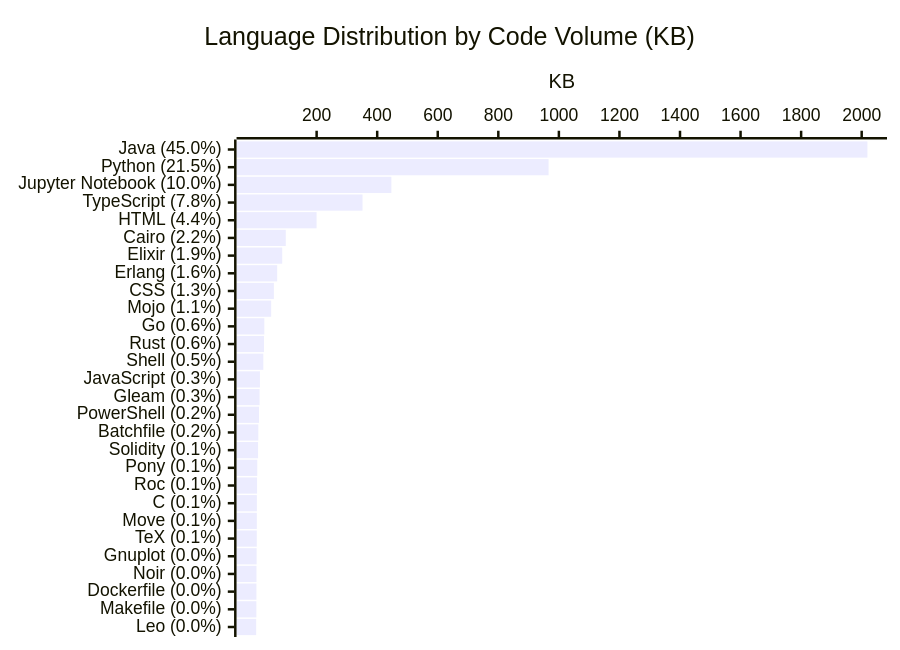
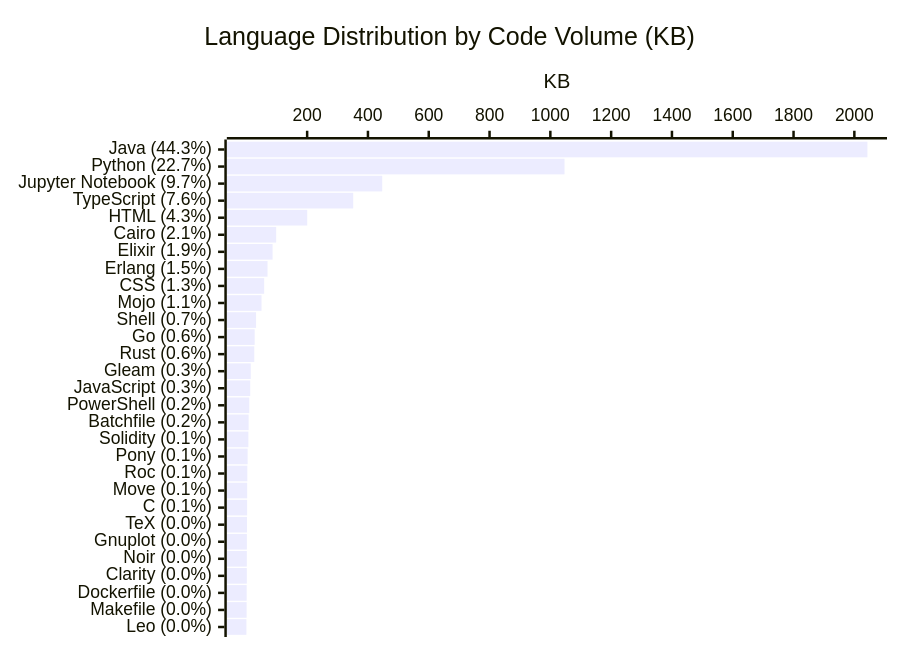
One commit to KathiraveluLab/.github changed the diagram in profile/README.md. Above: the diagram before and after it, drawn with Mermaid. The commit also changed other lines of this file and 1 other file, not shown here.

````diff
--- a/profile/README.md
+++ b/profile/README.md
@@ -64,7 +64,7 @@
 ```mermaid
 xychart-beta horizontal
     title "Language Distribution by Code Volume (KB)"
-    x-axis ["Java (45.0%)", "Python (21.5%)", "Jupyter Notebook (10.0%)", "TypeScript (7.8%)", "HTML (4.4%)", "Cairo (2.2%)", "Elixir (1.9%)", "Erlang (1.6%)", "CSS (1.3%)", "Mojo (1.1%)", "Go (0.6%)", "Rust (0.6%)", "Shell (0.5%)", "JavaScript (0.3%)", "Gleam (0.3%)", "PowerShell (0.2%)", "Batchfile (0.2%)", "Solidity (0.1%)", "Pony (0.1%)", "Roc (0.1%)", "C (0.1%)", "Move (0.1%)", "TeX (0.1%)", "Gnuplot (0.0%)", "Noir (0.0%)", "Dockerfile (0.0%)", "Makefile (0.0%)", "Leo (0.0%)"]
+    x-axis ["Java (44.3%)", "Python (22.7%)", "Jupyter Notebook (9.7%)", "TypeScript (7.6%)", "HTML (4.3%)", "Cairo (2.1%)", "Elixir (1.9%)", "Erlang (1.5%)", "CSS (1.3%)", "Mojo (1.1%)", "Shell (0.7%)", "Go (0.6%)", "Rust (0.6%)", "Gleam (0.3%)", "JavaScript (0.3%)", "PowerShell (0.2%)", "Batchfile (0.2%)", "Solidity (0.1%)", "Pony (0.1%)", "Roc (0.1%)", "Move (0.1%)", "C (0.1%)", "TeX (0.0%)", "Gnuplot (0.0%)", "Noir (0.0%)", "Clarity (0.0%)", "Dockerfile (0.0%)", "Makefile (0.0%)", "Leo (0.0%)"]
     y-axis "KB"
-    bar [2018.87, 965.94, 446.9, 351.5, 199.85, 98.07, 86.29, 69.74, 58.73, 49.94, 27.33, 26.08, 23.99, 12.8, 11.49, 9.6, 7.42, 6.65, 3.92, 3.24, 2.58, 2.45, 2.29, 1.82, 1.42, 1.17, 0.99, 0.27]
+    bar [2042.93, 1046.64, 446.9, 351.5, 200.26, 98.07, 86.29, 69.74, 58.73, 49.94, 32.01, 27.33, 26.08, 14.61, 12.8, 9.6, 7.42, 6.65, 4.14, 3.24, 2.68, 2.58, 2.29, 1.82, 1.55, 1.53, 1.17, 0.99, 0.27]
 ```
````
